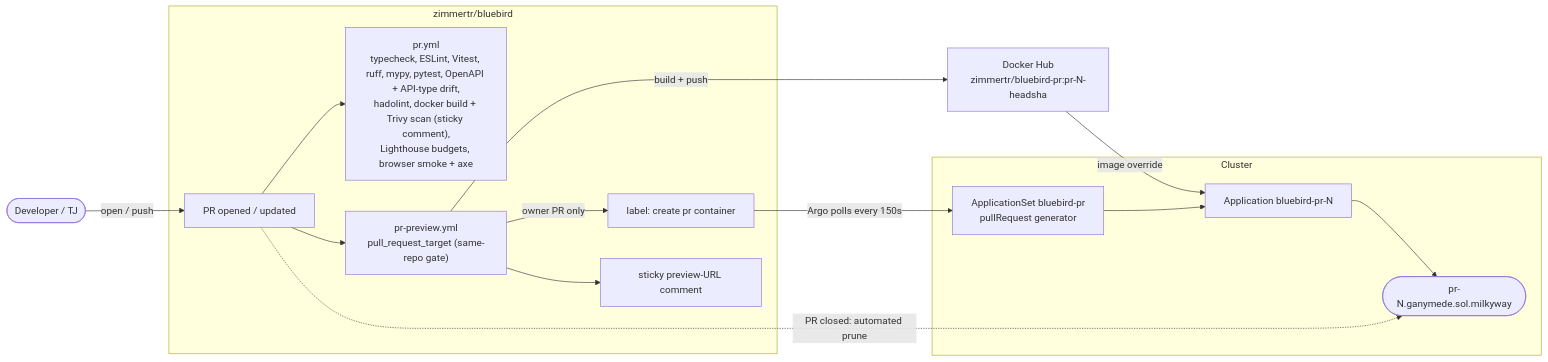
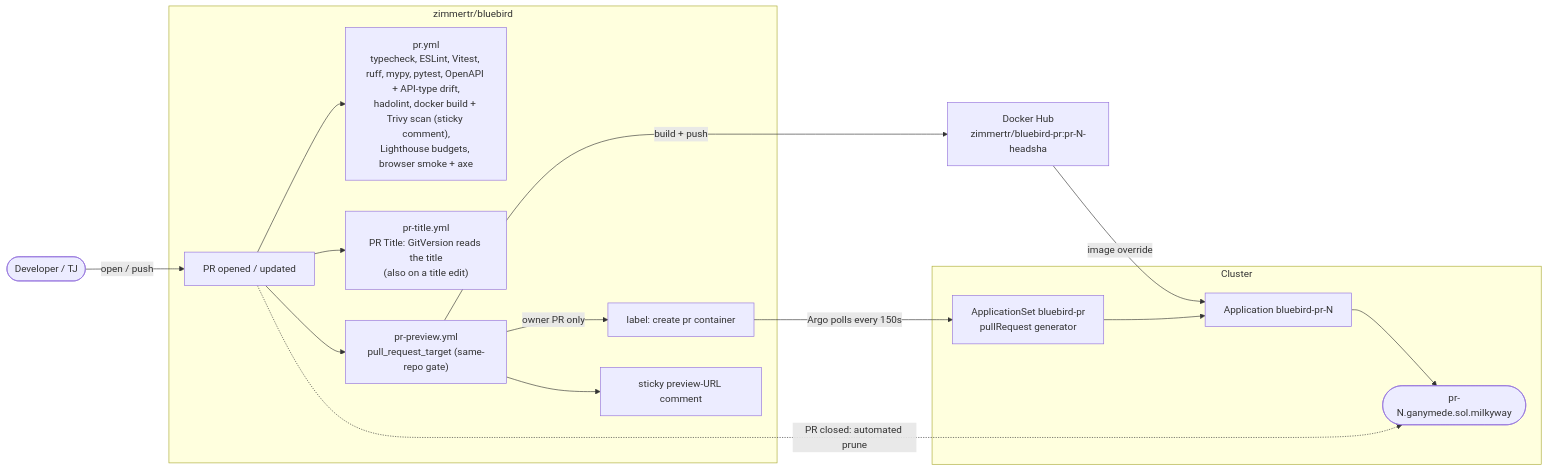
Before and after one commit to zimmertr/bluebird: the fourth of 6 diagrams in docs/CICD.md, drawn with Mermaid. The commit also changed other lines of this file and 8 other files, not shown here.

````diff
--- a/docs/CICD.md
+++ b/docs/CICD.md
@@ -714,32 +783,34 @@
 ```mermaid
 flowchart LR
     dev(["Developer / TJ"])
 
     subgraph BB["zimmertr/bluebird"]
         pr["PR opened / updated"]
         checks["pr.yml<br/>typecheck, ESLint, Vitest, ruff, mypy, pytest, OpenAPI + API-type drift,<br/>hadolint, docker build + Trivy scan (sticky comment),<br/>Lighthouse budgets, browser smoke + axe"]
+        title["pr-title.yml<br/>PR Title: GitVersion reads the title<br/>(also on a title edit)"]
         preview["pr-preview.yml<br/>pull_request_target (same-repo gate)"]
         label["label: create pr container"]
         comment["sticky preview-URL comment"]
     end
 
     dhpr["Docker Hub<br/>zimmertr/bluebird-pr:pr-N-headsha"]
 
     subgraph CL["Cluster"]
         appset["ApplicationSet bluebird-pr<br/>pullRequest generator"]
         app["Application bluebird-pr-N"]
         env(["pr-N.ganymede.sol.milkyway"])
     end
 
     dev -->|open / push| pr
     pr --> checks
+    pr --> title
     pr --> preview
     preview -->|build + push| dhpr
     preview -->|owner PR only| label
     preview --> comment
     label -->|Argo polls every 150s| appset
     appset --> app
     dhpr -->|image override| app
     app --> env
     pr -.->|PR closed: automated prune| env
 ```
````
